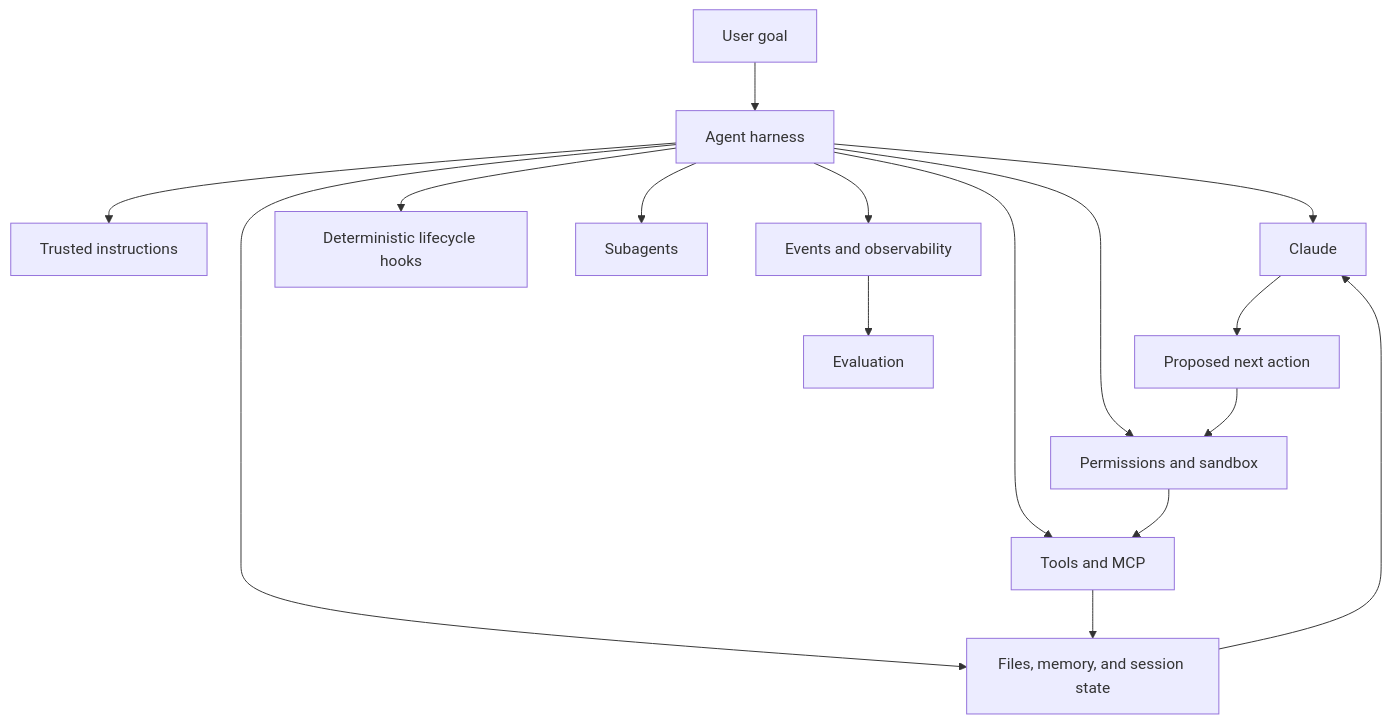
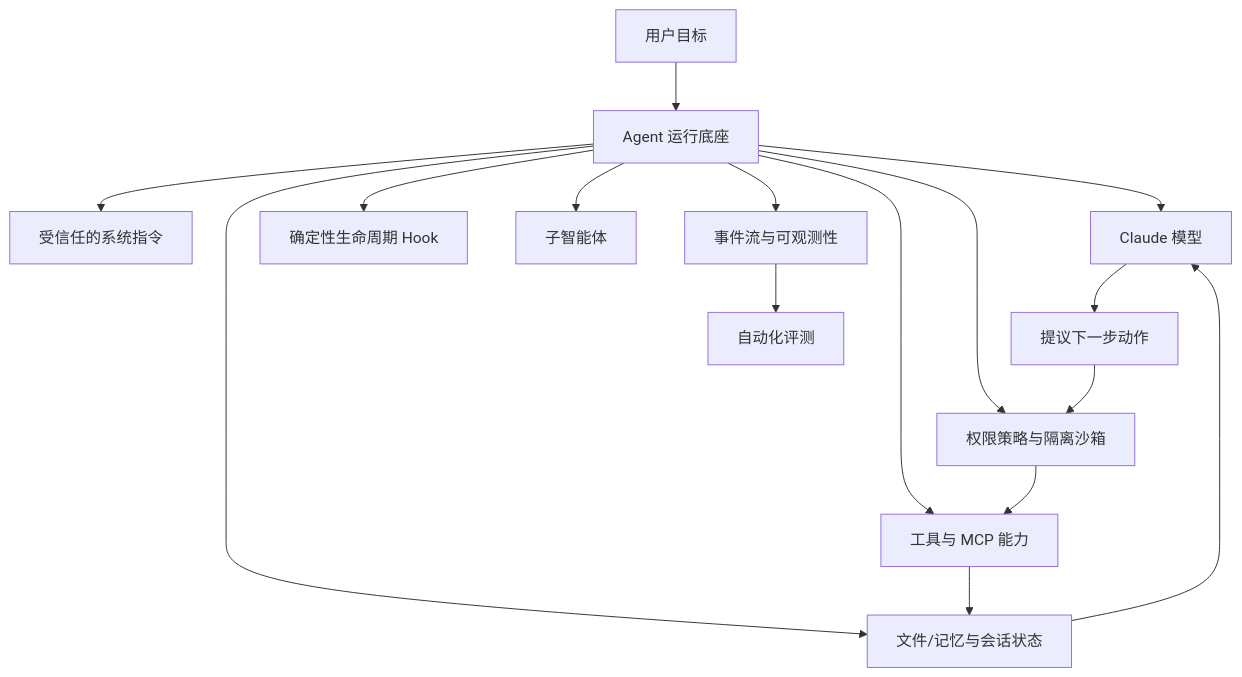
One commit to cluster1900/ai-engineering-from-scratch-zh changed the first of 3 diagrams in certifications/claude/lessons/12-claude-agent-sdk-and-hooks/docs/en.md. Above: the diagram before and after it, drawn with Mermaid. The commit also changed other lines of this file and 187 other files, not shown here.

````diff
--- a/certifications/claude/lessons/12-claude-agent-sdk-and-hooks/docs/en.md
+++ b/certifications/claude/lessons/12-claude-agent-sdk-and-hooks/docs/en.md
@@ -33,18 +35,18 @@
 ```mermaid
 flowchart TB
-    Goal[User goal] --> Harness[Agent harness]
-    Harness --> Prompt[Trusted instructions]
-    Harness --> Model[Claude]
-    Harness --> Tools[Tools and MCP]
-    Harness --> Context[Files, memory, and session state]
-    Harness --> Hooks[Deterministic lifecycle hooks]
-    Harness --> Policy[Permissions and sandbox]
-    Harness --> Agents[Subagents]
-    Harness --> Trace[Events and observability]
-    Model --> Decision[Proposed next action]
+    Goal[用户目标] --> Harness[Agent 运行底座]
+    Harness --> Prompt[受信任的系统指令]
+    Harness --> Model[Claude 模型]
+    Harness --> Tools[工具与 MCP 能力]
+    Harness --> Context[文件/记忆与会话状态]
+    Harness --> Hooks[确定性生命周期 Hook]
+    Harness --> Policy[权限策略与隔离沙箱]
+    Harness --> Agents[子智能体]
+    Harness --> Trace[事件流与可观测性]
+    Model --> Decision[提议下一步动作]
     Decision --> Policy
     Policy --> Tools
     Tools --> Context
     Context --> Model
-    Trace --> Eval[Evaluation]
+    Trace --> Eval[自动化评测]
 ```
````
